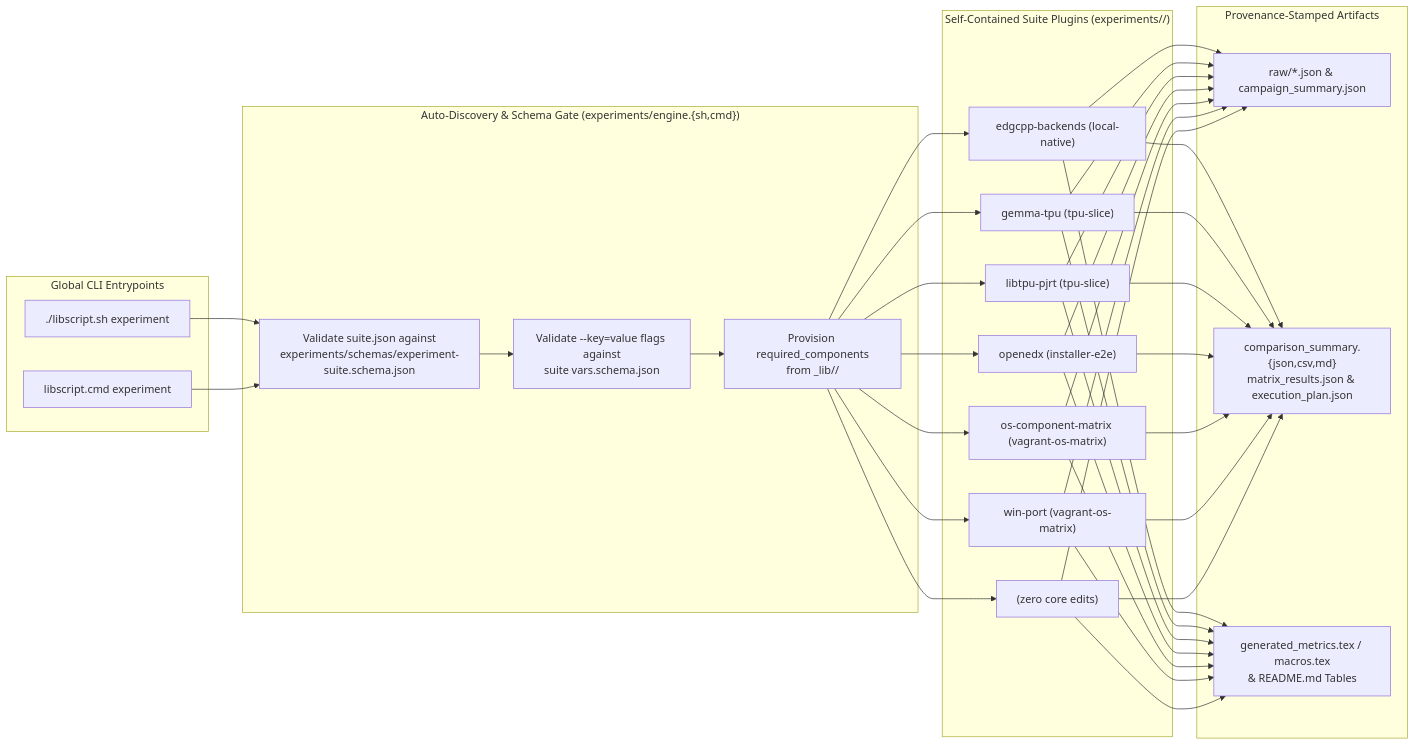
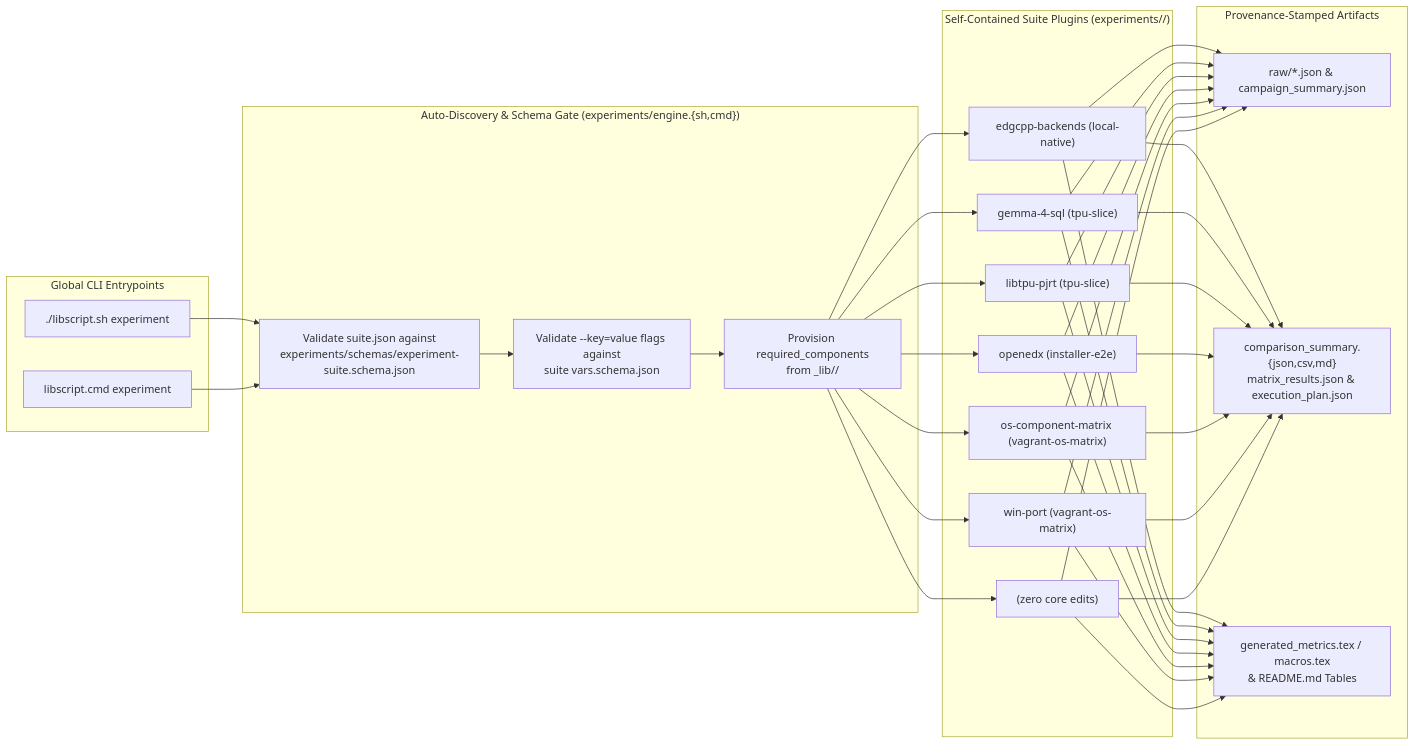
Before and after one commit to SamuelMarks/libscript: the diagram in experiments/README.md, drawn with Mermaid. The commit also changed other lines of this file and 181 other files, not shown here.

````diff
--- a/experiments/README.md
+++ b/experiments/README.md
@@ -20,34 +20,34 @@
 ```mermaid
 flowchart LR
     subgraph CLI["Global CLI Entrypoints"]
         PosixCLI["./libscript.sh experiment <verb> <suite-id>"]
         WinCLI["libscript.cmd experiment <verb> <suite-id>"]
     end
 
     subgraph Engine["Auto-Discovery & Schema Gate (experiments/engine.{sh,cmd})"]
         ManifestGate["Validate suite.json against<br/>experiments/schemas/experiment-suite.schema.json"]
         VarsGate["Validate --key=value flags against<br/>suite vars.schema.json"]
         DepGate["Provision required_components<br/>from _lib/<category>/<component>"]
     end
 
     subgraph Suites["Self-Contained Suite Plugins (experiments/<suite-id>/)"]
         S1["edgcpp-backends (local-native)"]
-        S2["gemma-tpu (tpu-slice)"]
+        S2["gemma-4-sql (tpu-slice)"]
         S3["libtpu-pjrt (tpu-slice)"]
         S4["openedx (installer-e2e)"]
         S5["os-component-matrix (vagrant-os-matrix)"]
         S6["win-port (vagrant-os-matrix)"]
         SN["<new-suite> (zero core edits)"]
     end
 
     subgraph Outputs["Provenance-Stamped Artifacts"]
         RawJSON["raw/*.json & campaign_summary.json"]
         Tables["comparison_summary.{json,csv,md}<br/>matrix_results.json & execution_plan.json"]
         LaTeX["generated_metrics.tex / macros.tex<br/>& README.md Tables"]
     end
 
     PosixCLI & WinCLI --> ManifestGate
     ManifestGate --> VarsGate --> DepGate
     DepGate --> S1 & S2 & S3 & S4 & S5 & S6 & SN
     S1 & S2 & S3 & S4 & S5 & S6 & SN --> RawJSON & Tables & LaTeX
 ```
````
